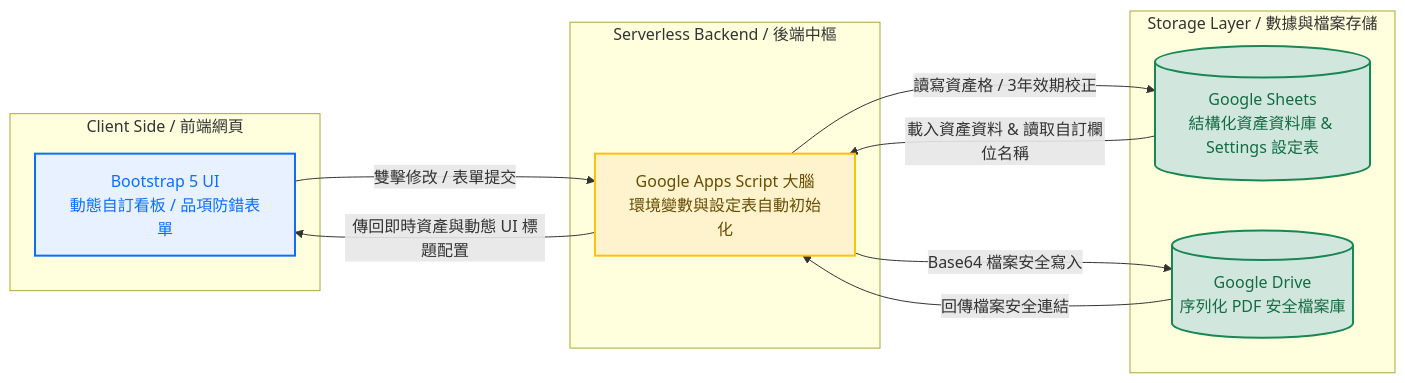
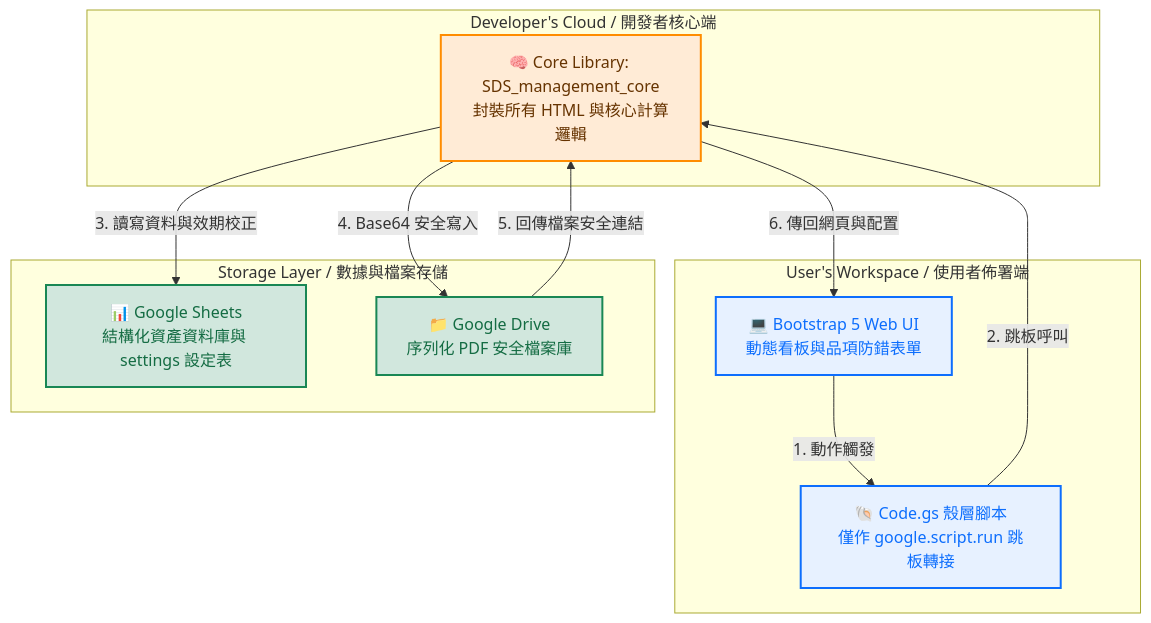
One commit to jychen74/Lab-SDS-Expiration-Tracker changed the diagram in README.md. Above: the diagram before and after it, drawn with Mermaid. The commit also changed other lines of this file and 2 other files, not shown here.

````diff
--- a/README.md
+++ b/README.md
@@ -15,26 +15,28 @@
 ```mermaid
-graph LR
-    classDef client fill:#e7f1ff,stroke:#0d6efd,stroke-width:2px,color:#0d6efd;
-    classDef gas fill:#fff3cd,stroke:#ffc107,stroke-width:2px,color:#664d03;
+graph TD
+    classDef brain fill:#ffebd6,stroke:#ff8c00,stroke-width:2px,color:#663300;
+    classDef wrapper fill:#e7f1ff,stroke:#0d6efd,stroke-width:2px,color:#0d6efd;
     classDef storage fill:#d1e7dd,stroke:#198754,stroke-width:2px,color:#146c43;
 
-    subgraph Client Side / 前端網頁
-        UI[Bootstrap 5 UI<br>動態自訂看板 / 品項防錯表單]:::client
+    subgraph Developer's Cloud / 開發者核心端
+        Brain["🧠 Core Library: SDS_management_core<br>封裝所有 HTML 與核心計算邏輯"]:::brain
     end
 
-    subgraph Serverless Backend / 後端中樞
-        GAS[Google Apps Script 大腦<br>環境變數與設定表自動初始化]:::gas
+    subgraph User's Workspace / 使用者佈署端
+        Wrapper["🐚 Code.gs 殼層腳本<br>僅作 google.script.run 跳板轉接"]:::wrapper
+        UI["💻 Bootstrap 5 Web UI<br>動態看板與品項防錯表單"]:::wrapper
     end
 
     subgraph Storage Layer / 數據與檔案存儲
-        Sheet[(Google Sheets<br>結構化資產資料庫 & Settings 設定表)]:::storage
-        Drive[(Google Drive<br>序列化 PDF 安全檔案庫)]:::storage
+        Sheet["📊 Google Sheets<br>結構化資產資料庫與 settings 設定表"]:::storage
+        Drive["📁 Google Drive<br>序列化 PDF 安全檔案庫"]:::storage
     end
 
-    UI -->|雙擊修改 / 表單提交| GAS
-    GAS -->|讀寫資產格 / 3年效期校正| Sheet
-    GAS -->|Base64 檔案安全寫入| Drive
-    Drive -->|回傳檔案安全連結| GAS
-    Sheet -->|載入資產資料 & 讀取自訂欄位名稱| GAS
-    GAS -->|傳回即時資產與動態 UI 標題配置| UI
+    %% 互動流程
+    UI -->|1. 動作觸發| Wrapper
+    Wrapper -->|2. 跳板呼叫| Brain
+    Brain -->|3. 讀寫資料與效期校正| Sheet
+    Brain -->|4. Base64 安全寫入| Drive
+    Drive -->|5. 回傳檔案安全連結| Brain
+    Brain -->|6. 傳回網頁與配置| UI
 ```
````
